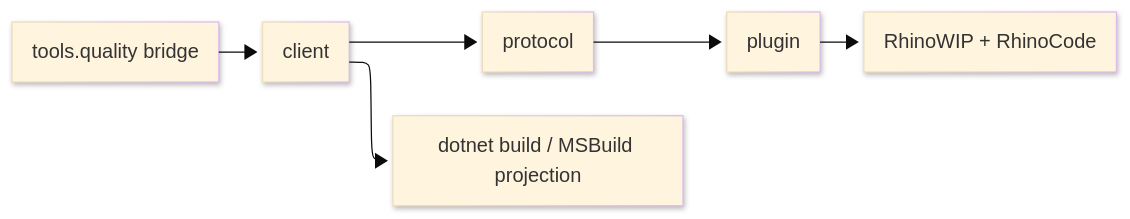
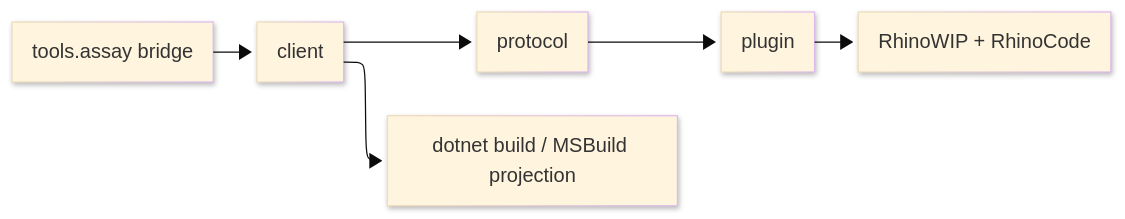
Before and after one commit to bsamiee/Rasm: the diagram in tools/rhino-bridge/README.md, drawn with Mermaid. The commit also changed other lines of this file and 48 other files, not shown here.

````diff
--- a/tools/rhino-bridge/README.md
+++ b/tools/rhino-bridge/README.md
@@ -30,20 +30,20 @@
 ```mermaid
 ---
 config:
   layout: elk
   look: neo
   theme: base
   elk:
     mergeEdges: false
     nodePlacementStrategy: BRANDES_KOEPF
     cycleBreakingStrategy: GREEDY_MODEL_ORDER
 ---
 flowchart LR
     accTitle: Rhino bridge command architecture
-    accDescr: The tools.quality bridge operator routes commands through the client, protocol, plugin, and RhinoWIP with RhinoCode; the client also owns dotnet build and MSBuild projection.
-    Operator["tools.quality bridge"] --> Client["client"]
+    accDescr: The tools.assay bridge operator routes commands through the client, protocol, plugin, and RhinoWIP with RhinoCode; the client also owns dotnet build and MSBuild projection.
+    Operator["tools.assay bridge"] --> Client["client"]
     Client --> Protocol["protocol"]
     Protocol --> Plugin["plugin"]
     Plugin --> Rhino["RhinoWIP + RhinoCode"]
     Client --> DotNet["dotnet build / MSBuild projection"]
 ```
````
